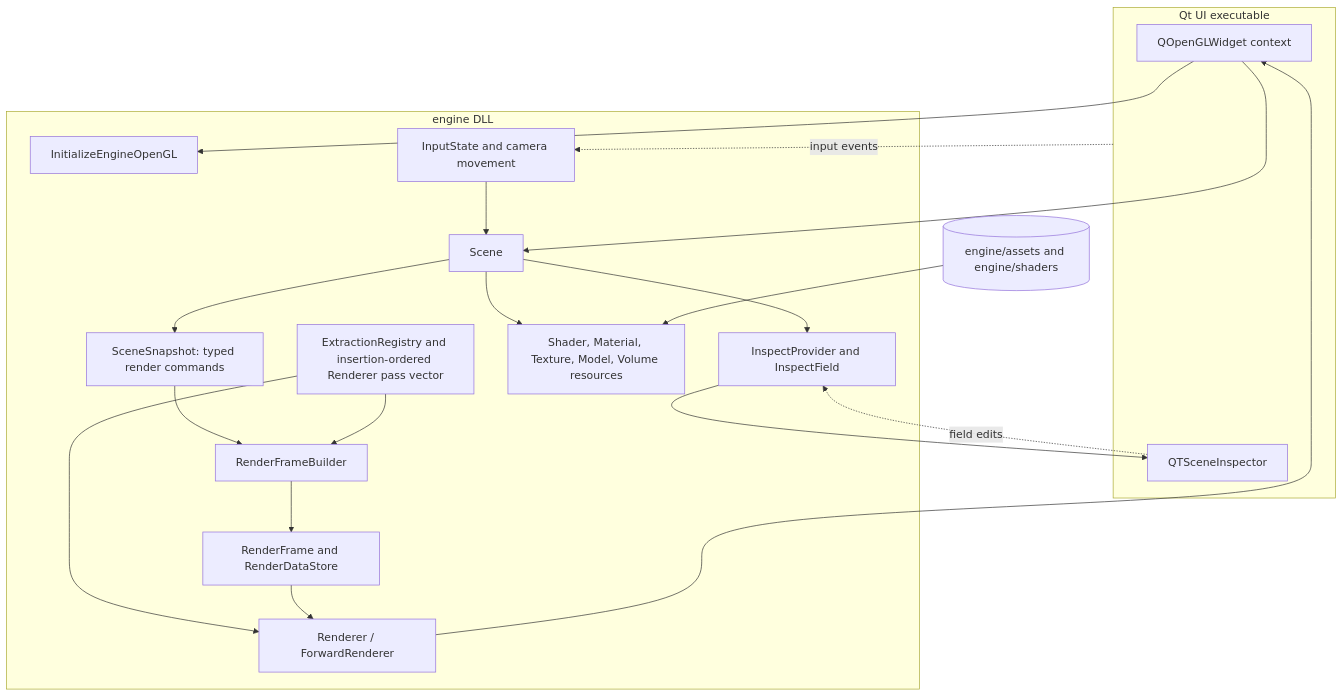
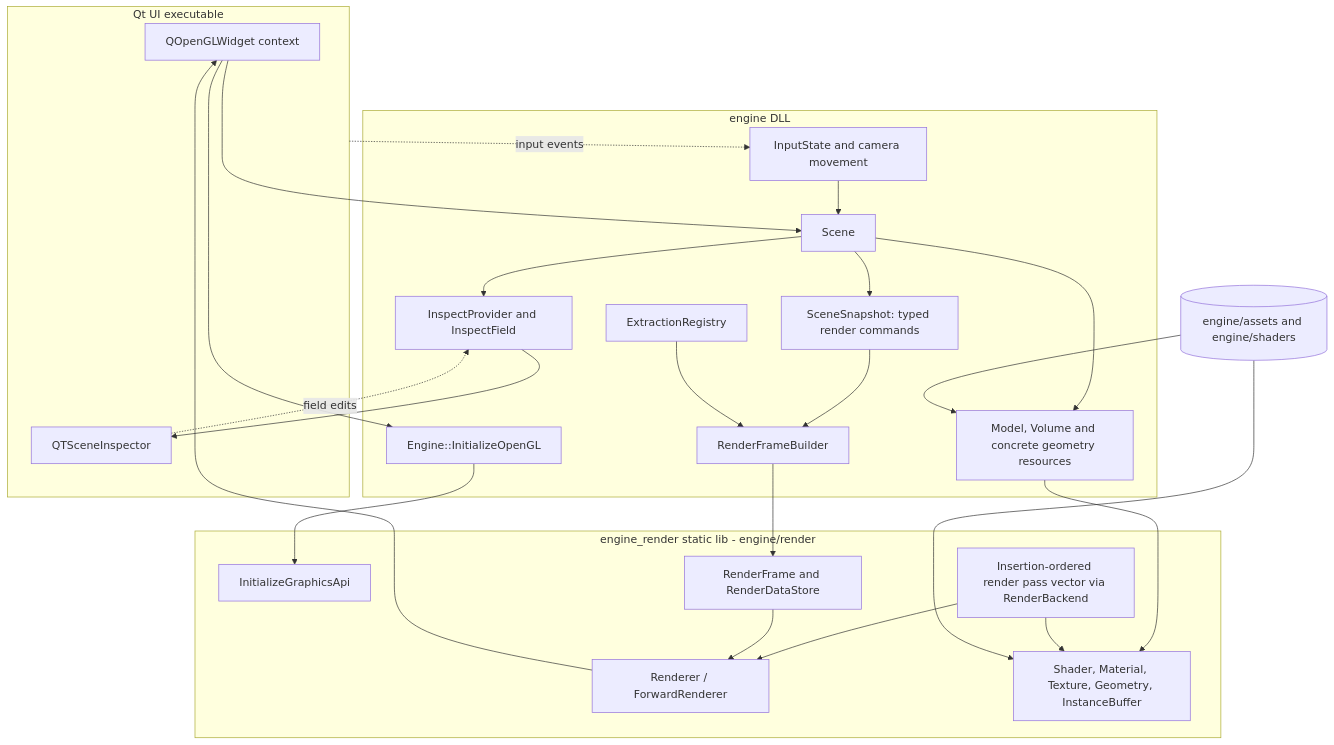
One commit to Borobalaz/DTI-MRI-Imaging changed the diagram in engine/docs/architecture.mmd. Above: the diagram before and after it, drawn with Mermaid. The commit also changed 156 other files, not shown here.

```diff
--- a/engine/docs/architecture.mmd
+++ b/engine/docs/architecture.mmd
@@ -1,36 +1,46 @@
 flowchart TD
     subgraph UI[Qt UI executable]
         Context[QOpenGLWidget context]
         Adapter[QTSceneInspector]
     end
 
     subgraph Engine[engine DLL]
-        Init[InitializeEngineOpenGL]
+        Facade[Engine::InitializeOpenGL]
         Scene[Scene]
         Input[InputState and camera movement]
         Snapshot[SceneSnapshot: typed render commands]
-        Passes[ExtractionRegistry and insertion-ordered Renderer pass vector]
+        Extraction[ExtractionRegistry]
         Builder[RenderFrameBuilder]
-        Frame[RenderFrame and RenderDataStore]
-        Renderer[Renderer / ForwardRenderer]
-        Resources[Shader, Material, Texture, Model, Volume resources]
+        Resources[Model, Volume and concrete geometry resources]
         Inspect[InspectProvider and InspectField]
     end
 
-    Context --> Init
+    subgraph Render[engine_render static lib - engine/render]
+        Init[InitializeGraphicsApi]
+        Frame[RenderFrame and RenderDataStore]
+        Passes[Insertion-ordered render pass vector via RenderBackend]
+        Renderer[Renderer / ForwardRenderer]
+        GpuResources[Shader, Material, Texture, Geometry, InstanceBuffer]
+    end
+
+    Context --> Facade
+    Facade --> Init
     Context --> Scene
     UI -. input events .-> Input
     Input --> Scene
     Scene --> Resources
+    Resources --> GpuResources
     Scene --> Inspect
     Scene --> Snapshot
     Snapshot --> Builder
-    Passes --> Builder
+    Extraction --> Builder
     Builder --> Frame
     Passes --> Renderer
     Frame --> Renderer
     Renderer --> Context
     Inspect --> Adapter
     Adapter -. field edits .-> Inspect
 
+    Passes --> GpuResources
     Assets[(engine/assets and engine/shaders)] --> Resources
+    Assets --> GpuResources
```
